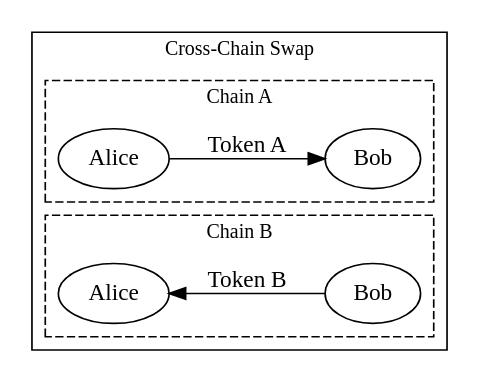
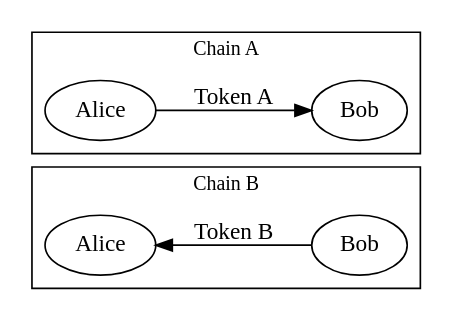
One commit to symbol/symbol changed the first of 2 diagrams in mkdocs/pages/en/textbook/cross-chain-swaps.md. Above: the diagram before and after it, drawn with Graphviz.

````diff
--- a/mkdocs/pages/en/textbook/cross-chain-swaps.md
+++ b/mkdocs/pages/en/textbook/cross-chain-swaps.md
@@ -11,27 +11,21 @@
 ```dot
 digraph CrossChainOverview {
     rankdir="LR";
     fontsize=12;
 
-    subgraph clusterSwap {
-        label="Cross-Chain Swap";
-        tooltip="Cross-Chain Swap";
-        subgraph clusterChainA {
-            label="Chain A";
-            tooltip="Chain A";
-            style=dashed;
-            AliceA [label="Alice" tooltip="Alice"];
-            BobA [label="Bob" tooltip="Bob"];
-            AliceA -> BobA [label="Token A"];
-        }
-        subgraph clusterChainB {
-            label="Chain B";
-            tooltip="Chain B";
-            style=dashed;
-            AliceB [label="Alice" tooltip="Alice"];
-            BobB [label="Bob" tooltip="Bob"];
-            AliceB -> BobB [label="Token B" dir=back];
-        }
+    subgraph clusterChainB {
+        label="Chain B";
+        tooltip="Chain B";
+        AliceB [label="Alice" tooltip="Alice"];
+        BobB [label="Bob" tooltip="Bob"];
+        AliceB -> BobB [label="Token B" dir=back];
+    }
+    subgraph clusterChainA {
+        label="Chain A";
+        tooltip="Chain A";
+        AliceA [label="Alice" tooltip="Alice"];
+        BobA [label="Bob" tooltip="Bob"];
+        AliceA -> BobA [label="Token A"];
     }
 }
 ```
````
